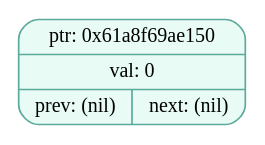
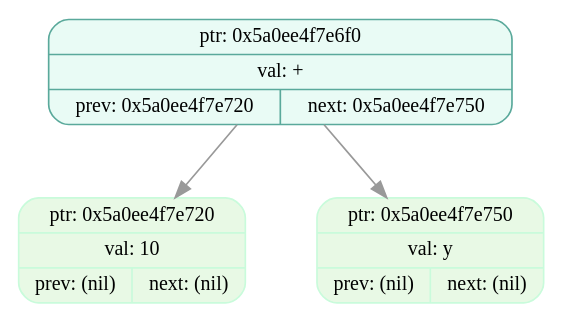
The diagram in dumps/tree_dump_005.dot (EvilTomato9890/Difference), drawn with Graphviz before and after one commit. The commit also changed 30 other files, not shown here.

```diff
--- a/dumps/tree_dump_005.dot
+++ b/dumps/tree_dump_005.dot
@@ -1,5 +1,9 @@
 digraph T{
   node [fontname="Fira Mono",shape=record,style="filled,rounded",fontsize=12];
   graph [splines=true, nodesep=0.6, ranksep=0.6];
-  node_0x61a8f69ae150[shape=record,label="{ {ptr: 0x61a8f69ae150} | {val: 0} | { prev: (nil) | next: (nil) } }",color="#5aa99b",fillcolor="#e9fbf5"];
+  node_0x5a0ee4f7e6f0[shape=record,label="{ {ptr: 0x5a0ee4f7e6f0} | {val: +} | { prev: 0x5a0ee4f7e720 | next: 0x5a0ee4f7e750 } }",color="#5aa99b",fillcolor="#e9fbf5"];
+  node_0x5a0ee4f7e720[shape=record,label="{ {ptr: 0x5a0ee4f7e720} | {val: 10} | { prev: (nil) | next: (nil) } }",color="#c9fbdbff",fillcolor="#e8f9e5ff"];
+  node_0x5a0ee4f7e750[shape=record,label="{ {ptr: 0x5a0ee4f7e750} | {val: y} | { prev: (nil) | next: (nil) } }",color="#c9fbdbff",fillcolor="#e8f9e5ff"];
+  node_0x5a0ee4f7e6f0 -> node_0x5a0ee4f7e720 [color="#999999"];
+  node_0x5a0ee4f7e6f0 -> node_0x5a0ee4f7e750 [color="#999999"];
 }
```
